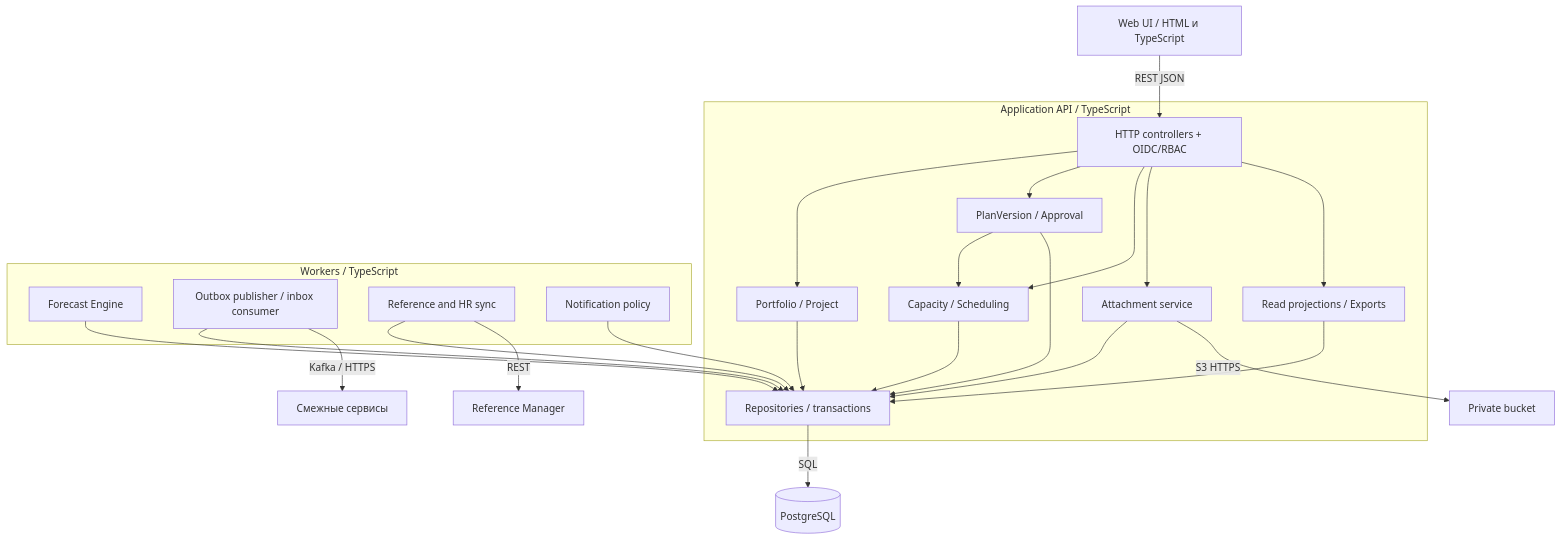
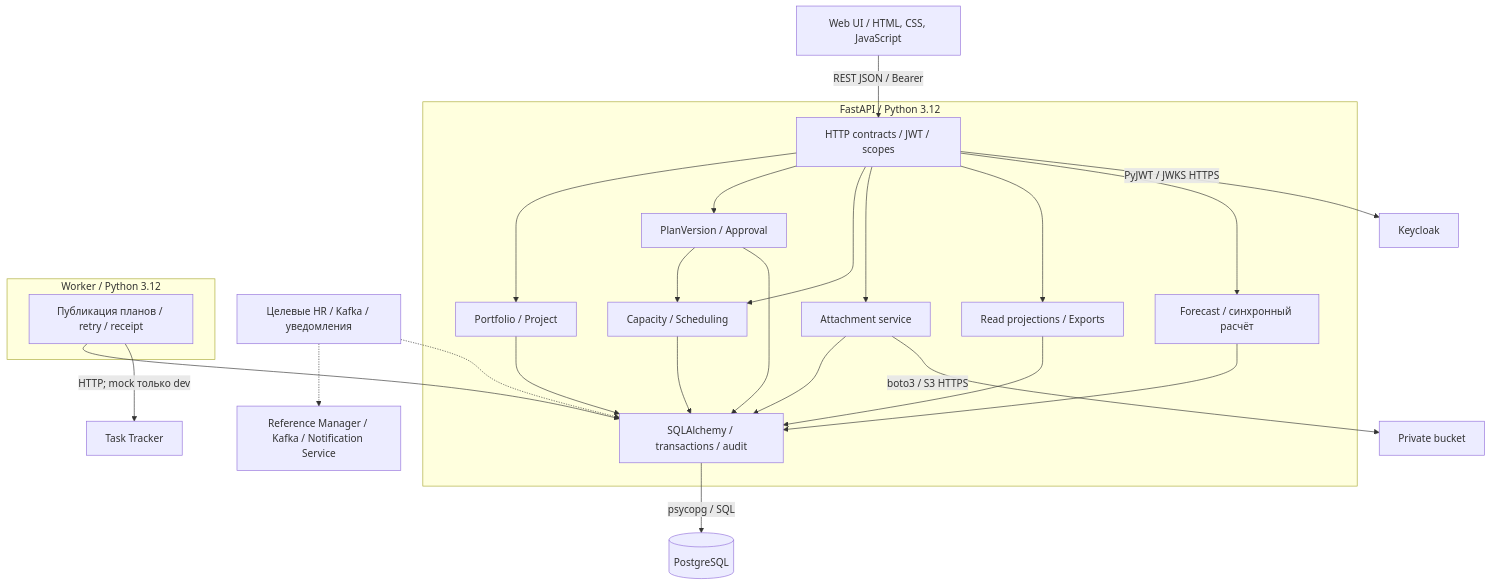
Before and after one commit to MEPhI-C22-501/arch-info-system-monorepo: the diagram in planning-system/docs/150.component-diagram.md, drawn with Mermaid. The commit also changed other lines of this file and 31 other files, not shown here.

````diff
--- a/planning-system/docs/150.component-diagram.md
+++ b/planning-system/docs/150.component-diagram.md
@@ -8,27 +8,28 @@
 ```mermaid
 flowchart TB
-  UI["Web UI / HTML и TypeScript"] -->|"REST JSON"| EDGE
-  subgraph API["Application API / TypeScript"]
-    EDGE["HTTP controllers + OIDC/RBAC"] --> PORT["Portfolio / Project"]
+  UI["Web UI / HTML, CSS, JavaScript"] -->|"REST JSON / Bearer"| EDGE
+  subgraph API["FastAPI / Python 3.12"]
+    EDGE["HTTP contracts / JWT / scopes"] --> PORT["Portfolio / Project"]
     EDGE --> PLAN["PlanVersion / Approval"]
     EDGE --> CAP["Capacity / Scheduling"]
     EDGE --> ATT["Attachment service"]
     EDGE --> PROJ["Read projections / Exports"]
+    EDGE --> FC["Forecast / синхронный расчёт"]
     PLAN --> CAP
-    PORT --> REPO["Repositories / transactions"]
+    PORT --> REPO["SQLAlchemy / transactions / audit"]
     PLAN --> REPO
     CAP --> REPO
+    FC --> REPO
     ATT --> REPO
     PROJ --> REPO
   end
-  subgraph WORK["Workers / TypeScript"]
-    FC["Forecast Engine"] --> REPO
-    INT["Outbox publisher / inbox consumer"] --> REPO
-    REF["Reference and HR sync"] --> REPO
-    NOT["Notification policy"] --> REPO
+  subgraph WORK["Worker / Python 3.12"]
+    INT["Публикация планов / retry / receipt"] --> REPO
   end
-  REPO -->|"SQL"| DB[("PostgreSQL")]
-  ATT -->|"S3 HTTPS"| S3["Private bucket"]
-  INT -->|"Kafka / HTTPS"| EXT["Смежные сервисы"]
-  REF -->|"REST"| RM["Reference Manager"]
+  REPO -->|"psycopg / SQL"| DB[("PostgreSQL")]
+  ATT -->|"boto3 / S3 HTTPS"| S3["Private bucket"]
+  INT -->|"HTTP; mock только dev"| TT["Task Tracker"]
+  EDGE -->|"PyJWT / JWKS HTTPS"| KC["Keycloak"]
+  TARGET["Целевые HR / Kafka / уведомления"] -.-> REPO
+  TARGET -.-> EXT["Reference Manager / Kafka / Notification Service"]
 ```
````
